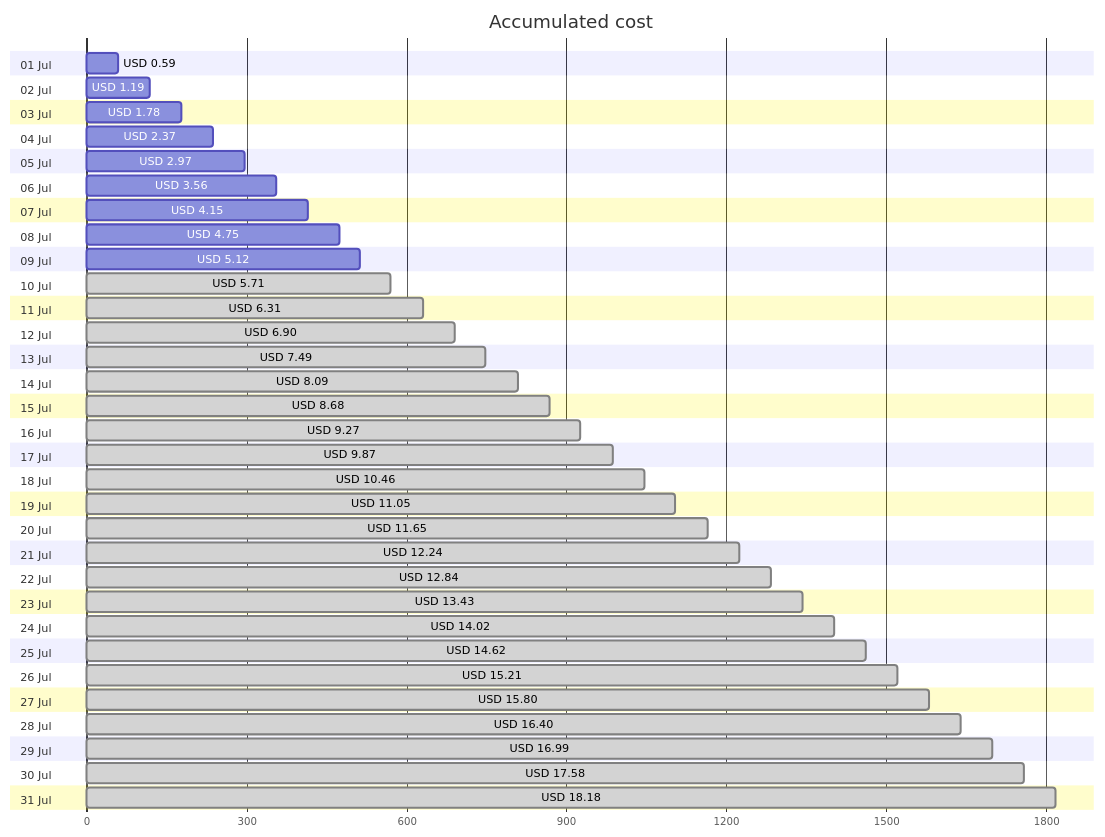
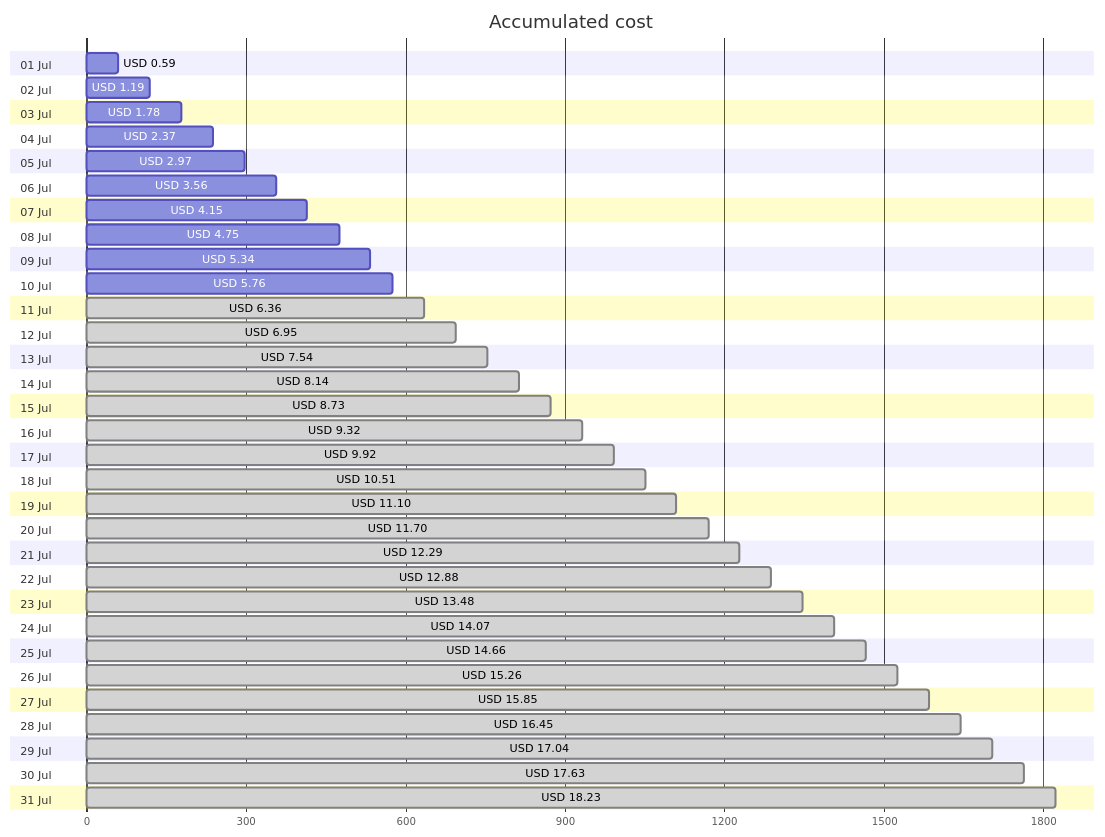
The first of 4 diagrams in cost-reports/personal-site/README.md (jpfulton/azure-personal-reports), drawn with Mermaid before and after one commit. The commit also changed other lines of this file and 6 other files, not shown here.

````diff
--- a/cost-reports/personal-site/README.md
+++ b/cost-reports/personal-site/README.md
@@ -20,68 +20,68 @@
 ```mermaid
 gantt
    title Accumulated cost
    dateFormat  X
    axisFormat %s
    section 01 Jul
    USD 0.59 :0, 59
    section 02 Jul
    USD 1.19 :0, 119
    section 03 Jul
    USD 1.78 :0, 178
    section 04 Jul
    USD 2.37 :0, 237
    section 05 Jul
    USD 2.97 :0, 297
    section 06 Jul
    USD 3.56 :0, 356
    section 07 Jul
    USD 4.15 :0, 415
    section 08 Jul
    USD 4.75 :0, 475
    section 09 Jul
-   USD 5.12 :0, 512
+   USD 5.34 :0, 534
    section 10 Jul
-   USD 5.71 : done, 0, 571
+   USD 5.76 :0, 576
    section 11 Jul
-   USD 6.31 : done, 0, 631
+   USD 6.36 : done, 0, 636
    section 12 Jul
-   USD 6.90 : done, 0, 690
+   USD 6.95 : done, 0, 695
    section 13 Jul
-   USD 7.49 : done, 0, 749
+   USD 7.54 : done, 0, 754
    section 14 Jul
-   USD 8.09 : done, 0, 809
+   USD 8.14 : done, 0, 814
    section 15 Jul
-   USD 8.68 : done, 0, 868
+   USD 8.73 : done, 0, 873
    section 16 Jul
-   USD 9.27 : done, 0, 927
+   USD 9.32 : done, 0, 932
    section 17 Jul
-   USD 9.87 : done, 0, 987
+   USD 9.92 : done, 0, 992
    section 18 Jul
-   USD 10.46 : done, 0, 1046
+   USD 10.51 : done, 0, 1051
    section 19 Jul
-   USD 11.05 : done, 0, 1105
+   USD 11.10 : done, 0, 1110
    section 20 Jul
-   USD 11.65 : done, 0, 1165
+   USD 11.70 : done, 0, 1170
    section 21 Jul
-   USD 12.24 : done, 0, 1224
+   USD 12.29 : done, 0, 1229
    section 22 Jul
-   USD 12.84 : done, 0, 1284
+   USD 12.88 : done, 0, 1288
    section 23 Jul
-   USD 13.43 : done, 0, 1343
+   USD 13.48 : done, 0, 1348
    section 24 Jul
-   USD 14.02 : done, 0, 1402
+   USD 14.07 : done, 0, 1407
    section 25 Jul
-   USD 14.62 : done, 0, 1462
+   USD 14.66 : done, 0, 1466
    section 26 Jul
-   USD 15.21 : done, 0, 1521
+   USD 15.26 : done, 0, 1526
    section 27 Jul
-   USD 15.80 : done, 0, 1580
+   USD 15.85 : done, 0, 1585
    section 28 Jul
-   USD 16.40 : done, 0, 1640
+   USD 16.45 : done, 0, 1645
    section 29 Jul
-   USD 16.99 : done, 0, 1699
+   USD 17.04 : done, 0, 1704
    section 30 Jul
-   USD 17.58 : done, 0, 1758
+   USD 17.63 : done, 0, 1763
    section 31 Jul
-   USD 18.18 : done, 0, 1818
+   USD 18.23 : done, 0, 1823
 ```
````
